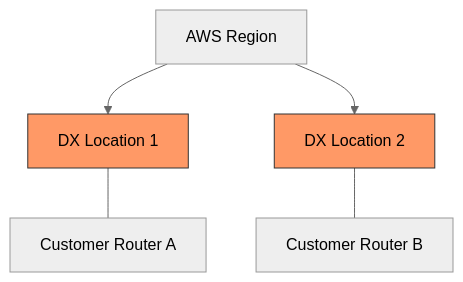
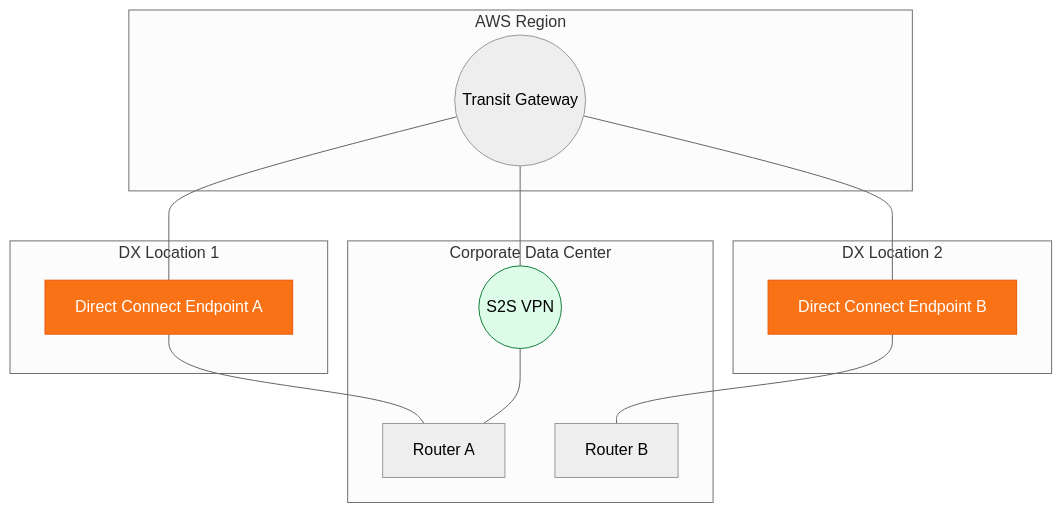
The diagram in 2-Intermediate/01-Phase-1/01-Networking/09-Hybrid-Connectivity/04-Resiliency-and-Security-Hybrid/README.md (Ganil151/Devops), drawn with Mermaid (neutral theme) before and after one commit. The commit also changed other lines of this file and 51 other files, not shown here.

````diff
--- a/2-Intermediate/01-Phase-1/01-Networking/09-Hybrid-Connectivity/04-Resiliency-and-Security-Hybrid/README.md
+++ b/2-Intermediate/01-Phase-1/01-Networking/09-Hybrid-Connectivity/04-Resiliency-and-Security-Hybrid/README.md
@@ -21,10 +5,31 @@
 ```mermaid
 graph TD
-    AWS_Region[AWS Region] --> DX1[DX Location 1]
-    AWS_Region --> DX2[DX Location 2]
-    DX1 --- OnPrem_Router_A[Customer Router A]
-    DX2 --- OnPrem_Router_B[Customer Router B]
+    subgraph AWS_Cloud[AWS Region]
+        TGW((Transit Gateway))
+    end
 
-style DX1 fill:#f96,stroke:#333
-    style DX2 fill:#f96,stroke:#333
+    subgraph DC_Location_A[DX Location 1]
+        DX1[Direct Connect Endpoint A]
+    end
+
+    subgraph DC_Location_B[DX Location 2]
+        DX2[Direct Connect Endpoint B]
+    end
+
+    subgraph On_Prem[Corporate Data Center]
+        R1[Router A]
+        R2[Router B]
+        VPN_Backup((S2S VPN))
+    end
+
+    TGW --- DX1
+    TGW --- DX2
+    DX1 --- R1
+    DX2 --- R2
+    TGW --- VPN_Backup
+    VPN_Backup --- R1
+
+    style DX1 fill:#f97316,stroke:#ea580c,color:#fff
+    style DX2 fill:#f97316,stroke:#ea580c,color:#fff
+    style VPN_Backup fill:#dcfce7,stroke:#15803d
 ```
````
